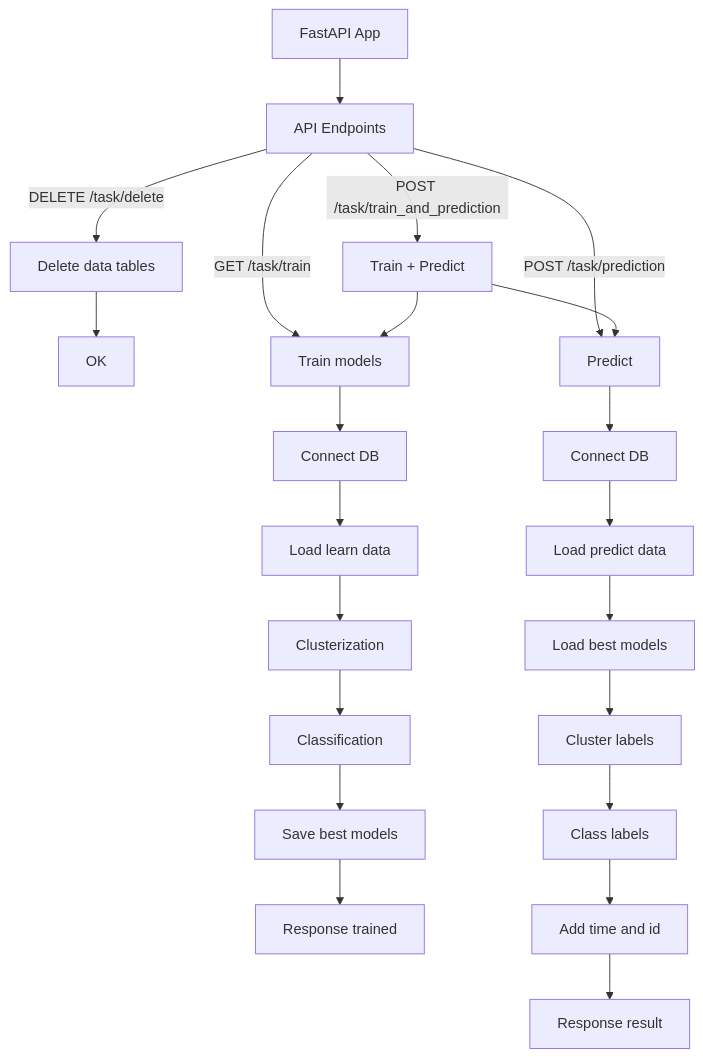
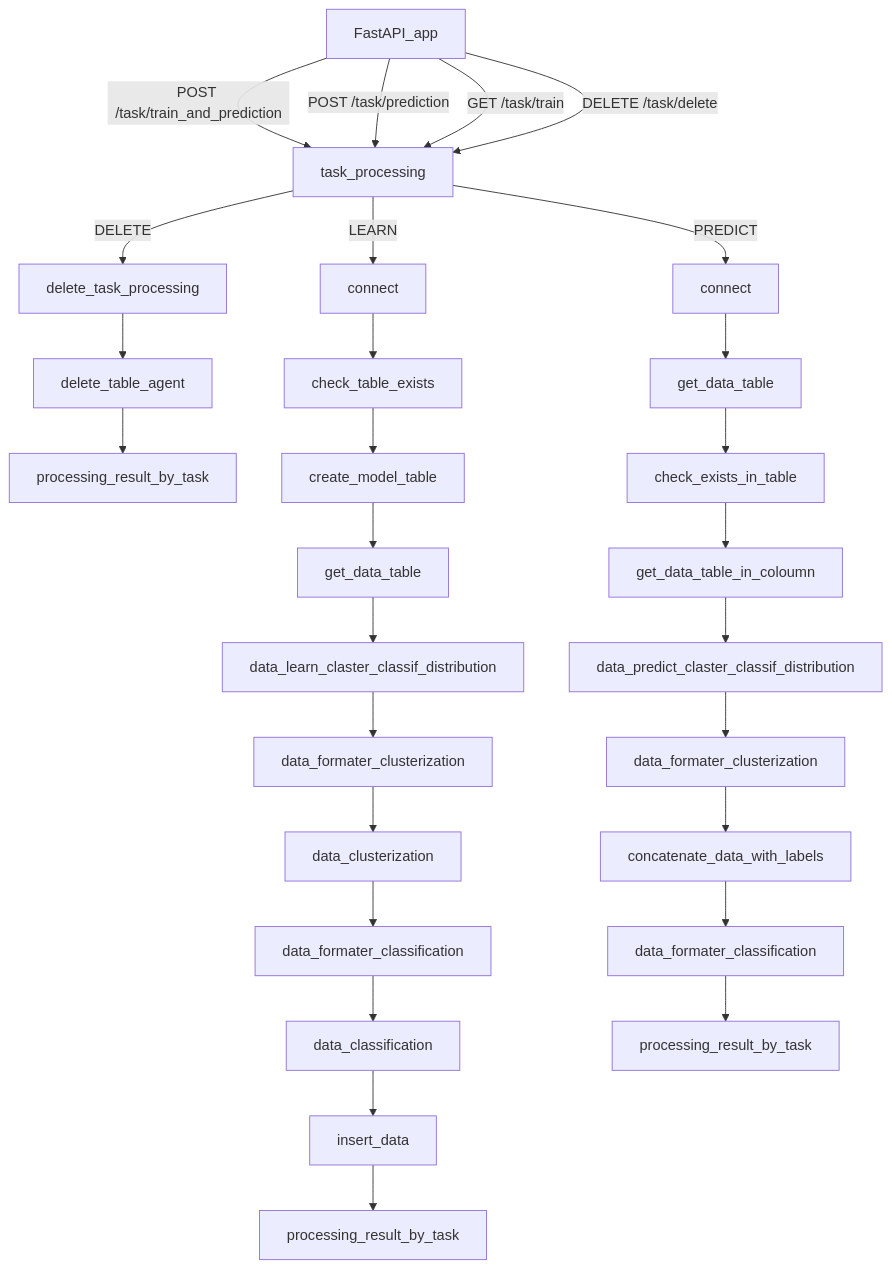
One commit to AstB311/PTLab1 changed the diagram in README.md. Above: the diagram before and after it, drawn with Mermaid.

Commit message:
Change commit

````diff
--- a/README.md
+++ b/README.md
@@ -78,19 +78,36 @@
 ```mermaid
 flowchart TD
-  A[FastAPI App] --> B[API Endpoints]
+  A[FastAPI_app] -->|POST /task/train_and_prediction| TP[task_processing]
+  A -->|POST /task/prediction| TP
+  A -->|GET /task/train| TP
+  A -->|DELETE /task/delete| TP
 
-  B -- DELETE /task/delete --> D[Delete data tables] --> R1[OK]
-  B -- GET /task/train --> T[Train models]
-  B -- POST /task/prediction --> P[Predict]
-  B -- POST /task/train_and_prediction --> TP[Train + Predict]
+  %% DELETE
+  TP -->|DELETE| DEL[delete_task_processing]
+  DEL --> AGDEL[delete_table_agent]
+  AGDEL --> RESDEL[processing_result_by_task]
 
-  %% Train
-  T --> T1[Connect DB] --> T2[Load learn data] --> T3[Clusterization] --> T4[Classification] --> T5[Save best models] --> R2[Response trained]
+  %% LEARN
+  TP -->|LEARN| CONN[connect]
+  CONN --> CHK[check_table_exists]
+  CHK --> CREATE[create_model_table]
+  CREATE --> GETL[get_data_table]
+  GETL --> DIST1[data_learn_claster_classif_distribution]
+  DIST1 --> FORM1[data_formater_clusterization]
+  FORM1 --> CL[data_clusterization]
+  CL --> FORM2[data_formater_classification]
+  FORM2 --> CLASS[data_classification]
+  CLASS --> INSERT1[insert_data]
+  INSERT1 --> RESL[processing_result_by_task]
 
-  %% Predict
-  P --> P1[Connect DB] --> P2[Load predict data] --> P3[Load best models] --> P4[Cluster labels] --> P5[Class labels] --> P6[Add time and id] --> R3[Response result]
-
-  %% Train + Predict triggers both
-  TP --> T
-  TP --> P
+  %% PREDICT
+  TP -->|PREDICT| CONN2[connect]
+  CONN2 --> GETP[get_data_table]
+  GETP --> CHKEX[check_exists_in_table]
+  CHKEX --> LOADM[get_data_table_in_coloumn]
+  LOADM --> DIST2[data_predict_claster_classif_distribution]
+  DIST2 --> FORM3[data_formater_clusterization]
+  FORM3 --> CONCAT[concatenate_data_with_labels]
+  CONCAT --> FORM4[data_formater_classification]
+  FORM4 --> RESP[processing_result_by_task]
 ```
````
